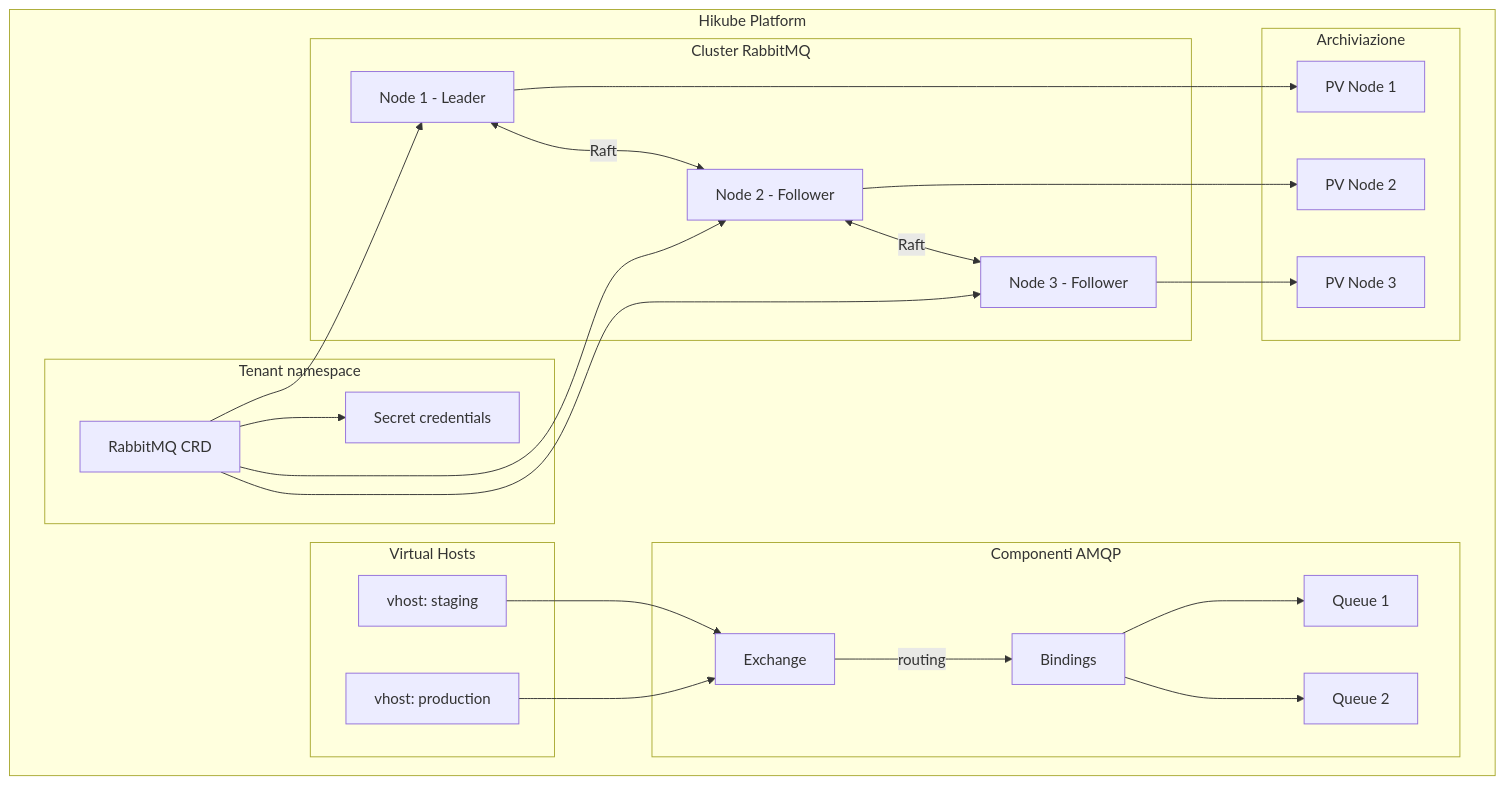
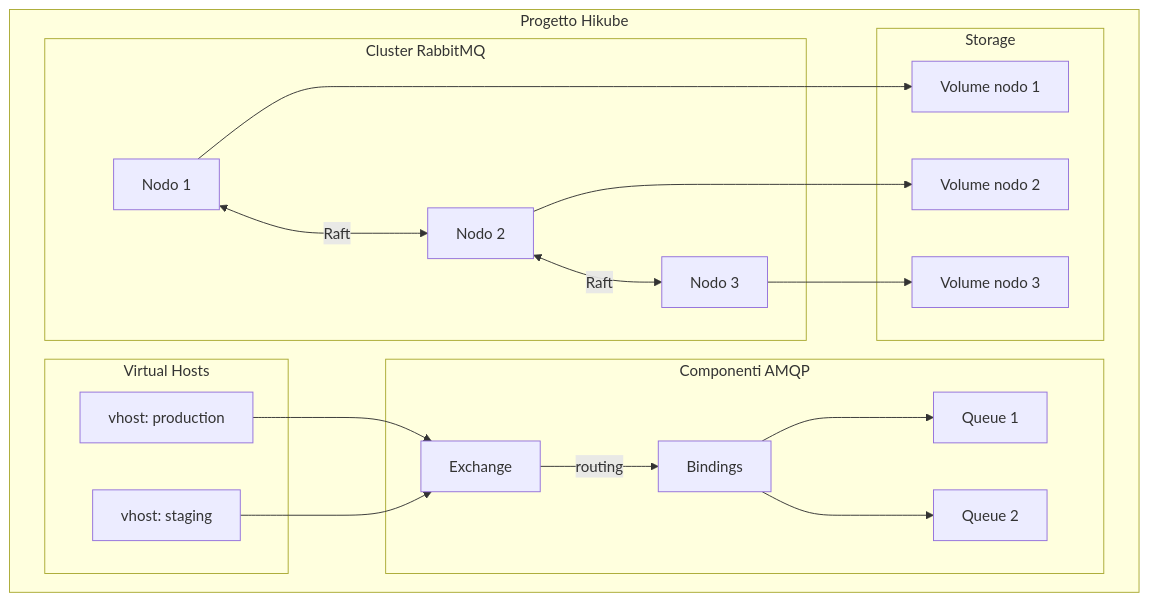
One commit to HidoraSwiss/hikube-public-doc changed the first of 3 diagrams in i18n/it/docusaurus-plugin-content-docs/current/services/messaging/rabbitmq/concepts.md. Above: the diagram before and after it, drawn with Mermaid. The commit also changed other lines of this file and 148 other files, not shown here.

````diff
--- a/i18n/it/docusaurus-plugin-content-docs/current/services/messaging/rabbitmq/concepts.md
+++ b/i18n/it/docusaurus-plugin-content-docs/current/services/messaging/rabbitmq/concepts.md
@@ -12,48 +12,39 @@
 ```mermaid
 graph TB
-    subgraph "Hikube Platform"
-        subgraph "Tenant namespace"
-            CR[RabbitMQ CRD]
-            SEC[Secret credentials]
+    subgraph "Progetto Hikube"
+        subgraph "Cluster RabbitMQ"
+            N1[Nodo 1]
+            N2[Nodo 2]
+            N3[Nodo 3]
         end
 
-        subgraph "Cluster RabbitMQ"
-            N1[Node 1 - Leader]
-            N2[Node 2 - Follower]
-            N3[Node 3 - Follower]
+        subgraph "Virtual Hosts"
+            VH1[vhost: production]
+            VH2[vhost: staging]
         end
 
         subgraph "Componenti AMQP"
             EX[Exchange]
             Q1[Queue 1]
             Q2[Queue 2]
             B[Bindings]
         end
 
-        subgraph "Archiviazione"
-            PV1[PV Node 1]
-            PV2[PV Node 2]
-            PV3[PV Node 3]
-        end
-
-        subgraph "Virtual Hosts"
-            VH1[vhost: production]
-            VH2[vhost: staging]
+        subgraph "Storage"
+            PV1[Volume nodo 1]
+            PV2[Volume nodo 2]
+            PV3[Volume nodo 3]
         end
     end
 
-    CR --> N1
-    CR --> N2
-    CR --> N3
     N1 <-->|Raft| N2
     N2 <-->|Raft| N3
     N1 --> PV1
     N2 --> PV2
     N3 --> PV3
+    VH1 --> EX
+    VH2 --> EX
     EX -->|routing| B
     B --> Q1
     B --> Q2
-    VH1 --> EX
-    VH2 --> EX
-    CR --> SEC
 ```
````
